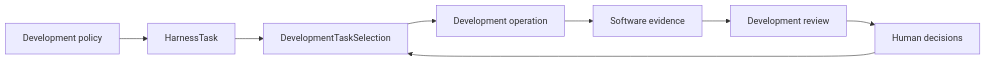
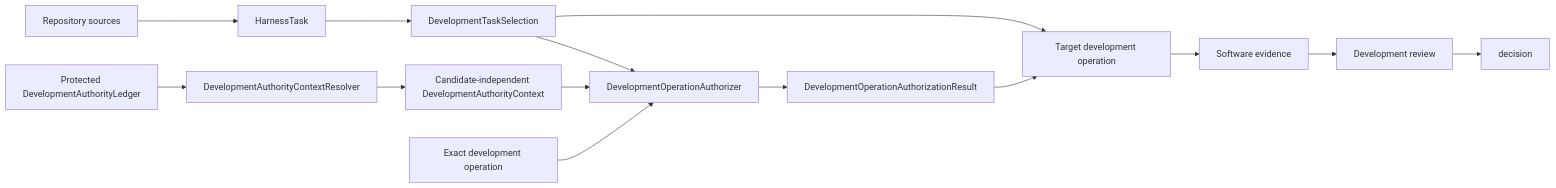
One commit to eragasa/ksdft2effmass changed the diagram in docs/architecture/v2/harness/control-plane.md. Above: the diagram before and after it, drawn with Mermaid. The commit also changed other lines of this file and 80 other files, not shown here.

Commit message:
docs: reconcile architecture v2

````diff
--- a/docs/architecture/v2/harness/control-plane.md
+++ b/docs/architecture/v2/harness/control-plane.md
@@ -20,10 +20,16 @@
 ```mermaid
 flowchart LR
-    policy["Development policy"] --> task["HarnessTask"]
-    decision["Human decisions"] --> selection["DevelopmentTaskSelection"]
-    task --> selection
-    selection --> operation["Development operation"]
+    sources["Repository sources"] --> task["HarnessTask"]
+    task --> selection["DevelopmentTaskSelection"]
+    ledger["Protected DevelopmentAuthorityLedger"] --> resolver["DevelopmentAuthorityContextResolver"]
+    resolver --> context["Candidate-independent DevelopmentAuthorityContext"]
+    context --> authorizer["DevelopmentOperationAuthorizer"]
+    selection --> authorizer
+    request["Exact development operation"] --> authorizer
+    authorizer --> authorization["DevelopmentOperationAuthorizationResult"]
+    authorization --> operation["Target development operation"]
+    selection --> operation
     operation --> evidence["Software evidence"]
     evidence --> review["Development review"]
     review --> decision
 ```
````
